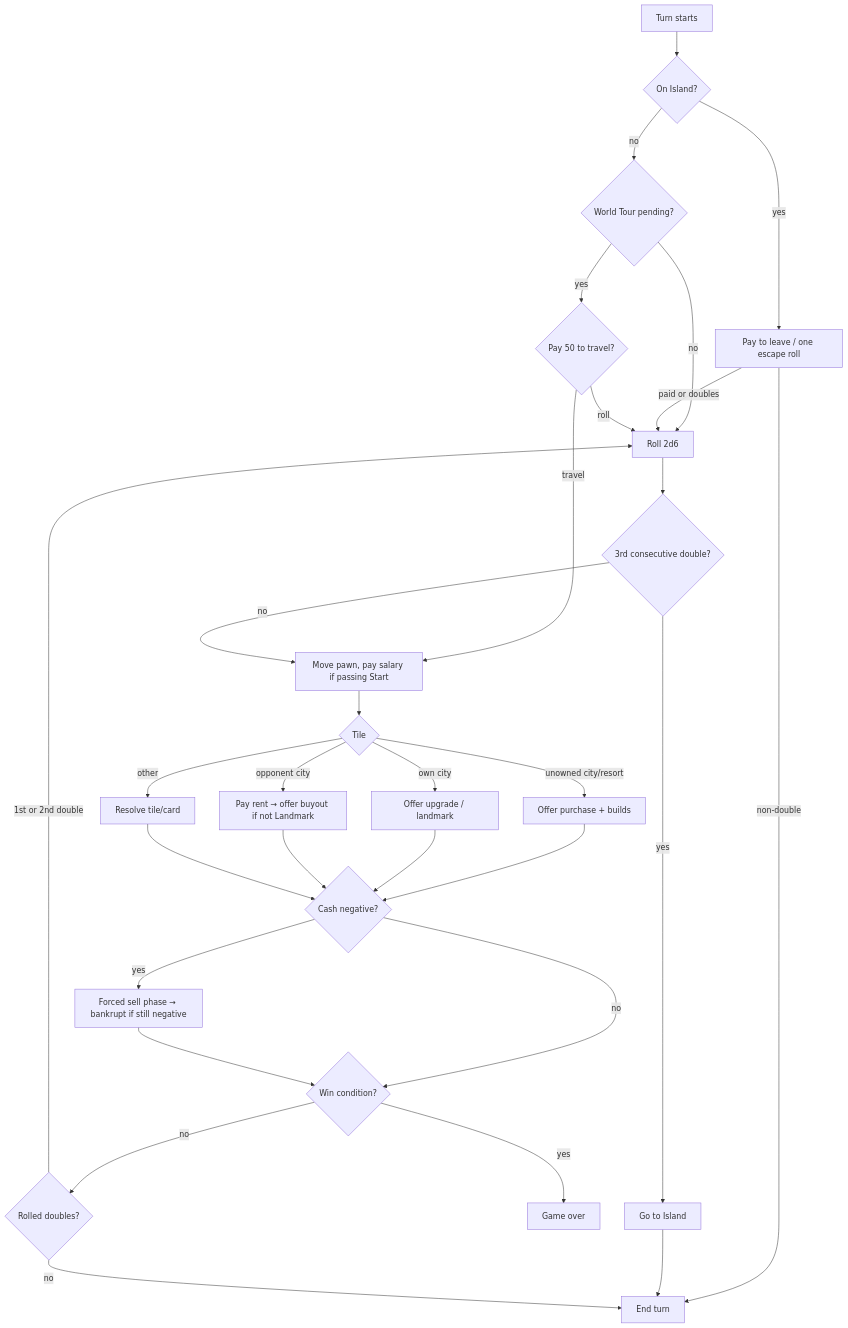
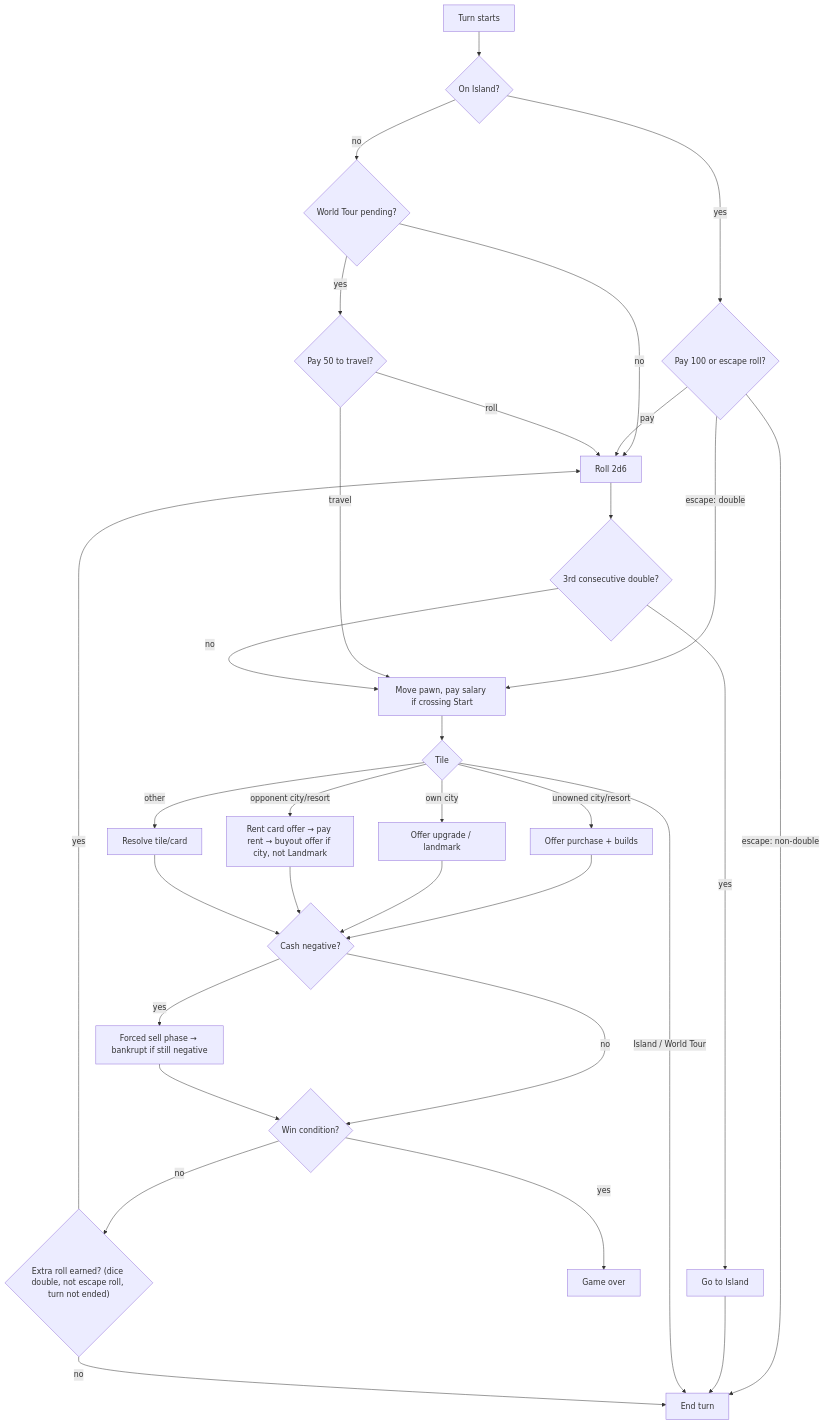
The diagram in docs/GAME_DESIGN.md (Rusutsu-Studios/Polytour), drawn with Mermaid before and after one commit. The commit also changed other lines of this file and 6 other files, not shown here.

````diff
--- a/docs/GAME_DESIGN.md
+++ b/docs/GAME_DESIGN.md
@@ -153,28 +186,30 @@
 ```mermaid
 flowchart TD
   S[Turn starts] --> I{On Island?}
-  I -- yes --> IE[Pay to leave / one escape roll]
+  I -- yes --> IE{Pay 100 or escape roll?}
   I -- no --> WT{World Tour pending?}
   WT -- yes --> TR{Pay 50 to travel?}
   WT -- no --> R[Roll 2d6]
-  IE -->|paid or doubles| R
-  IE -->|non-double| E
+  IE -- pay --> R
+  IE -- "escape: double" --> M
+  IE -- "escape: non-double" --> E
   TR -- travel --> M
   TR -- roll --> R
   R --> TD{3rd consecutive double?}
   TD -- yes --> ISL[Go to Island] --> E
-  TD -- no --> M[Move pawn, pay salary if passing Start]
+  TD -- no --> M[Move pawn, pay salary if crossing Start]
   M --> T{Tile}
   T -- unowned city/resort --> B[Offer purchase + builds]
   T -- own city --> U[Offer upgrade / landmark]
-  T -- opponent city --> P[Pay rent → offer buyout if not Landmark]
+  T -- "opponent city/resort" --> P[Rent card offer → pay rent → buyout offer if city, not Landmark]
+  T -- "Island / World Tour" --> E
   T -- other --> X[Resolve tile/card]
   B & U & P & X --> D{Cash negative?}
   D -- yes --> SELL[Forced sell phase → bankrupt if still negative]
   D -- no --> W{Win condition?}
   SELL --> W
   W -- yes --> END[Game over]
-  W -- no --> DB{Rolled doubles?}
-  DB -- 1st or 2nd double --> R
+  W -- no --> DB{"Extra roll earned? (dice double, not escape roll, turn not ended)"}
+  DB -- yes --> R
   DB -- no --> E[End turn]
 ```
````
